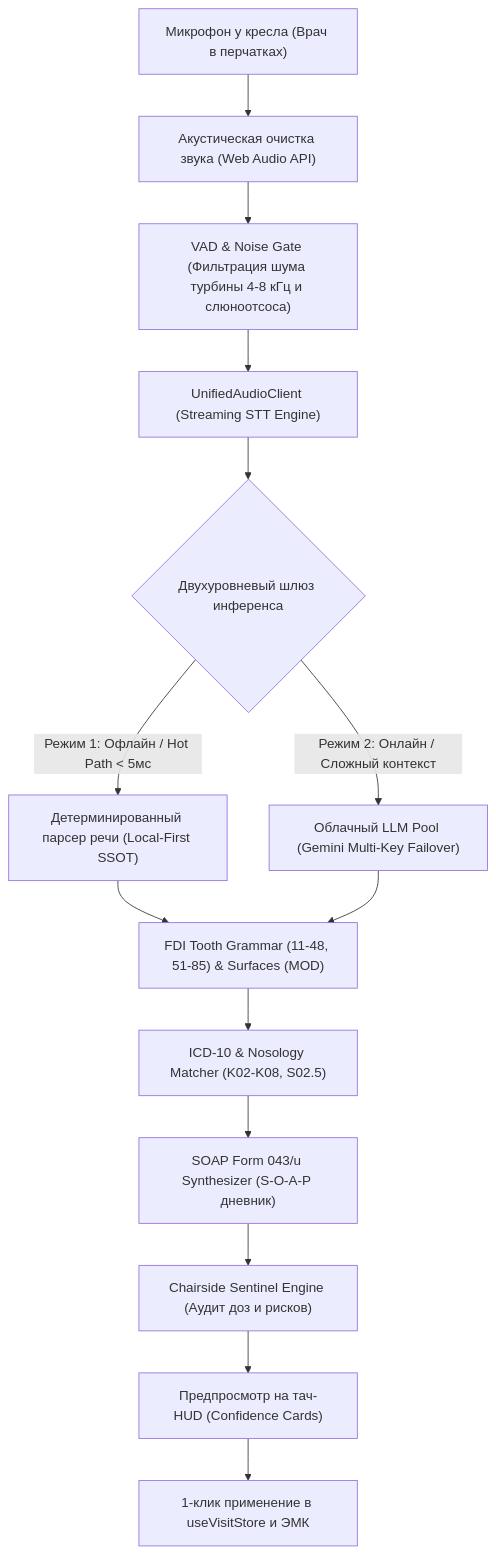
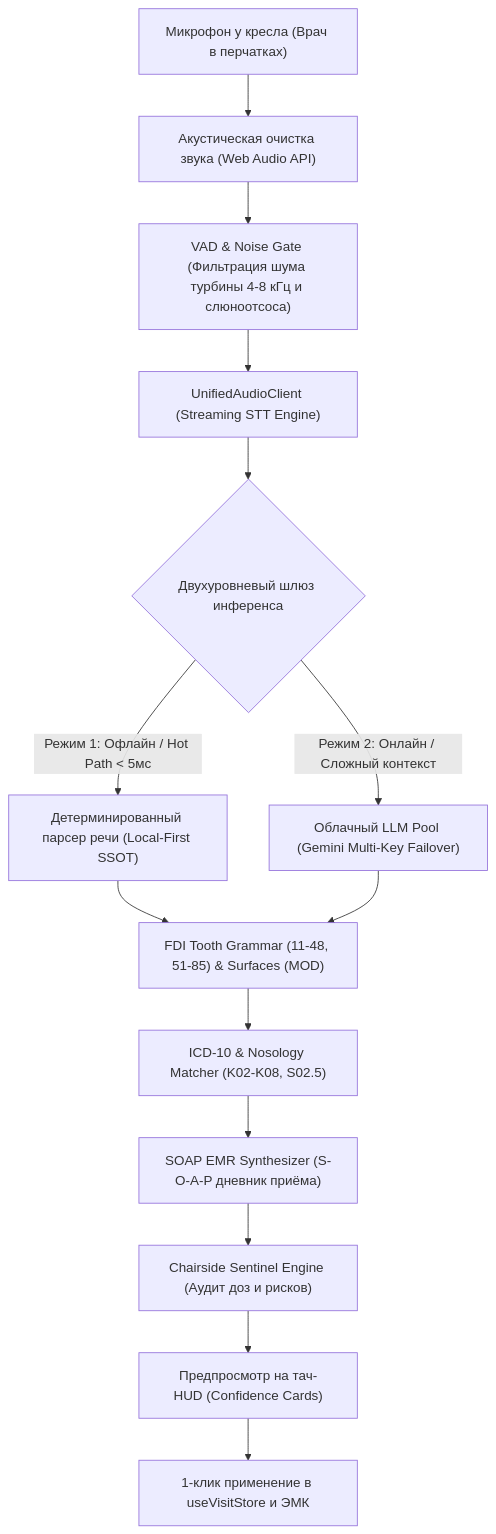
The diagram in .agents/AI_ASSISTANT_CHAIRSIDE_SENTINEL.md (marko1olo/dental-crm), drawn with Mermaid before and after one commit. The commit also changed other lines of this file and 32 other files, not shown here.

````diff
--- a/.agents/AI_ASSISTANT_CHAIRSIDE_SENTINEL.md
+++ b/.agents/AI_ASSISTANT_CHAIRSIDE_SENTINEL.md
@@ -32,21 +32,21 @@
 ```mermaid
 flowchart TD
     A["Микрофон у кресла (Врач в перчатках)"] --> B["Акустическая очистка звука (Web Audio API)"]
     B --> C["VAD & Noise Gate (Фильтрация шума турбины 4-8 кГц и слюноотсоса)"]
     C --> D["UnifiedAudioClient (Streaming STT Engine)"]
     
     D --> E{"Двухуровневый шлюз инференса"}
     
     E -->|Режим 1: Офлайн / Hot Path < 5мс| F["Детерминированный парсер речи (Local-First SSOT)"]
     E -->|Режим 2: Онлайн / Сложный контекст| G["Облачный LLM Pool (Gemini Multi-Key Failover)"]
     
     F --> H["FDI Tooth Grammar (11-48, 51-85) & Surfaces (MOD)"]
     G --> H
     
     H --> I["ICD-10 & Nosology Matcher (K02-K08, S02.5)"]
-    I --> J["SOAP Form 043/u Synthesizer (S-O-A-P дневник)"]
+    I --> J["SOAP EMR Synthesizer (S-O-A-P дневник приёма)"]
     
     J --> K["Chairside Sentinel Engine (Аудит доз и рисков)"]
     K --> L["Предпросмотр на тач-HUD (Confidence Cards)"]
     L --> M["1-клик применение в useVisitStore и ЭМК"]
 ```
````
